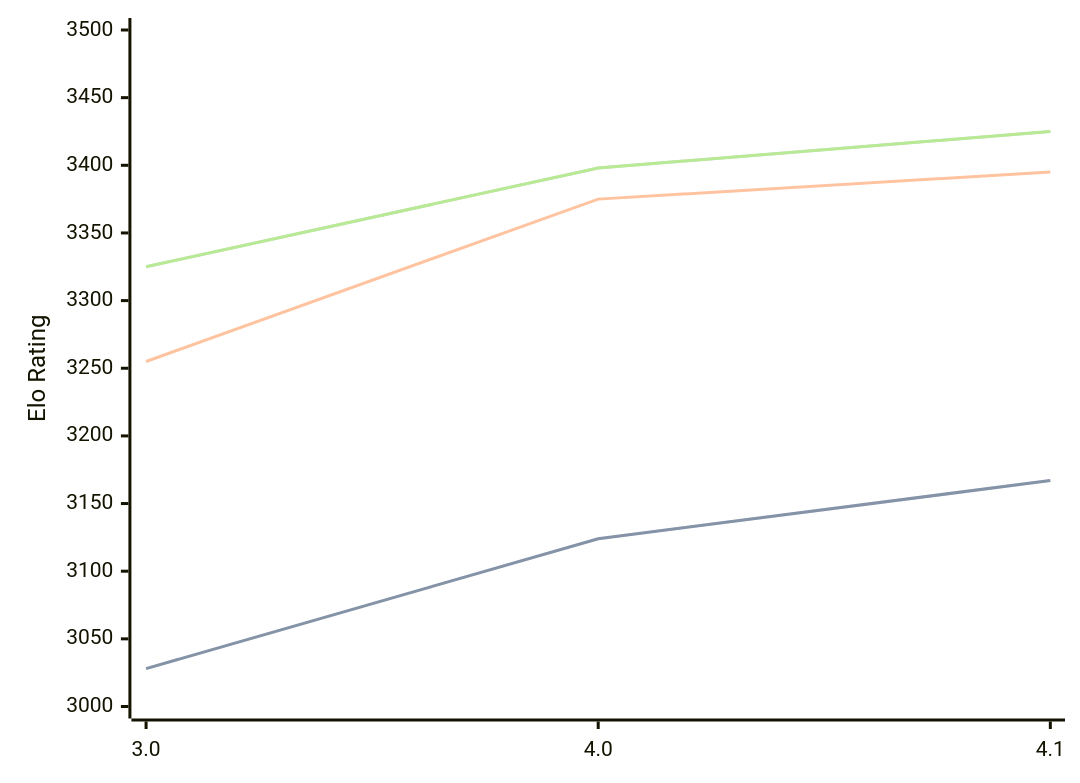
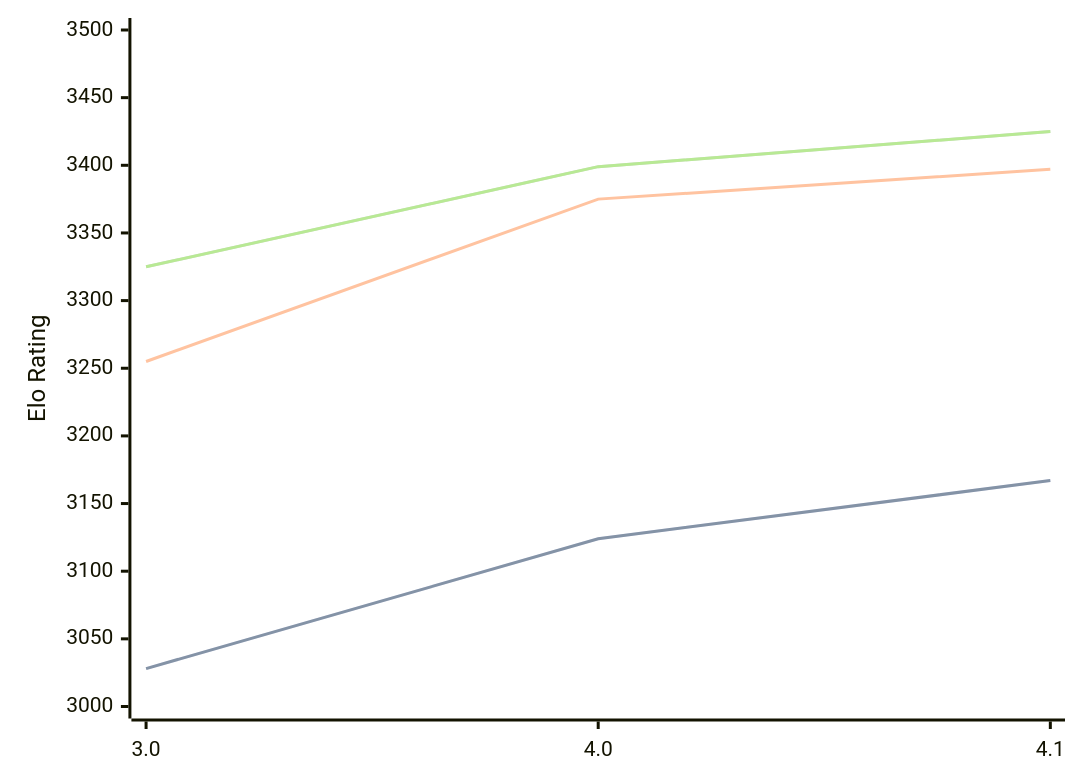
Before and after one commit to computer-chess-index/cci: the diagram in engines/Eleanor.md, drawn with Mermaid. The commit also changed other lines of this file, not shown here.

Commit message:
Update CCI Ratings (ELO VLTC) - 2026-09-06

````diff
--- a/engines/Eleanor.md
+++ b/engines/Eleanor.md
@@ -33,11 +33,11 @@
 ```mermaid
 %%{init: {"theme":"base","themeVariables":{"seriesColors:['#a3a3a3','#222221','#faa371']}}}%%
 xychart-beta
   x-axis ["3.0", "4.0", "4.1"]
   y-axis "Elo Rating" 3000 --> 3500
   line "" [3028, 3124, 3167]
   line "STC (8.0+0.08s)" [3028, 3124, 3167]
-  line "LTC (60.0+0.60s)" [3255, 3375, 3395]
-  line "" [3325, 3398, 3425]
-  line "VLTC (2m24s+1.12s)" [3325, 3398, 3425]
+  line "LTC (60.0+0.60s)" [3255, 3375, 3397]
+  line "" [3325, 3399, 3425]
+  line "VLTC (2m24s+1.12s)" [3325, 3399, 3425]
 ```
````
